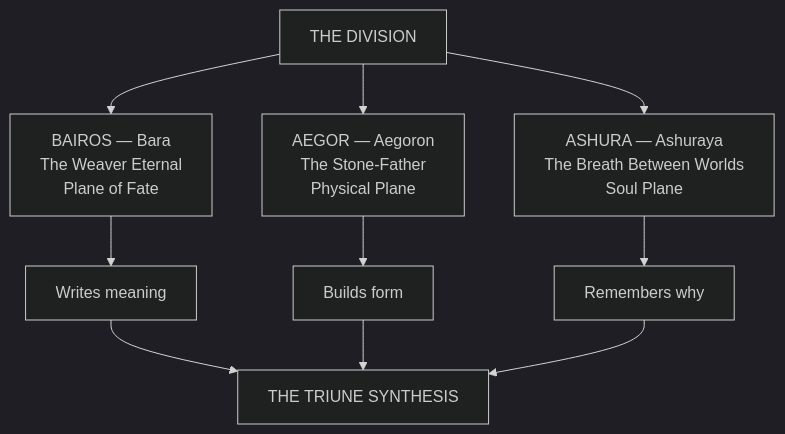
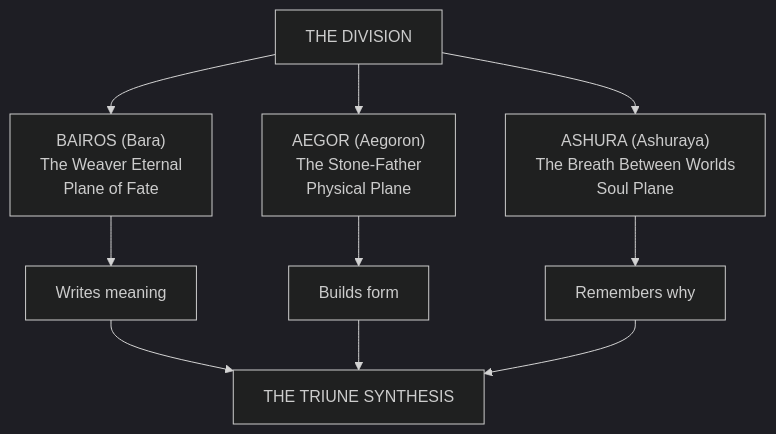
Before and after one commit to vispotvision/wotr-rule-index: the diagram in wiki/Cosmology & Metaphysics/The Making of the World/The Three Epochs.md, drawn with Mermaid (dark theme). The commit also changed other lines of this file and 160 other files, not shown here.

````diff
--- a/wiki/Cosmology & Metaphysics/The Making of the World/The Three Epochs.md
+++ b/wiki/Cosmology & Metaphysics/The Making of the World/The Three Epochs.md
@@ -11,13 +15,13 @@
 ```mermaid
 flowchart TD
     D["THE DIVISION"]
-    D --> B["BAIROS — Bara<br>The Weaver Eternal<br>Plane of Fate"]
-    D --> A["AEGOR — Aegoron<br>The Stone-Father<br>Physical Plane"]
-    D --> S["ASHURA — Ashuraya<br>The Breath Between Worlds<br>Soul Plane"]
+    D --> B["BAIROS (Bara)<br>The Weaver Eternal<br>Plane of Fate"]
+    D --> A["AEGOR (Aegoron)<br>The Stone-Father<br>Physical Plane"]
+    D --> S["ASHURA (Ashuraya)<br>The Breath Between Worlds<br>Soul Plane"]
     B --> B1["Writes meaning"]
     A --> A1["Builds form"]
     S --> S1["Remembers why"]
     B1 --> T["THE TRIUNE SYNTHESIS"]
     A1 --> T
     S1 --> T
 ```
````
